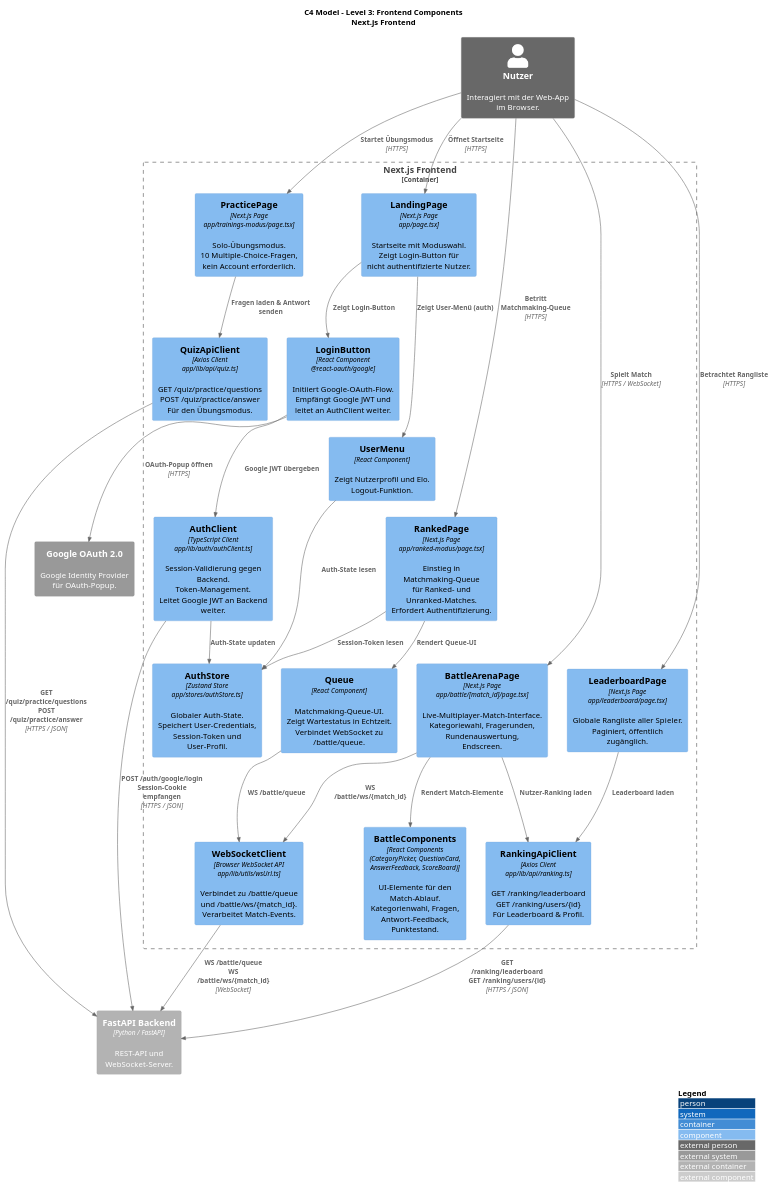
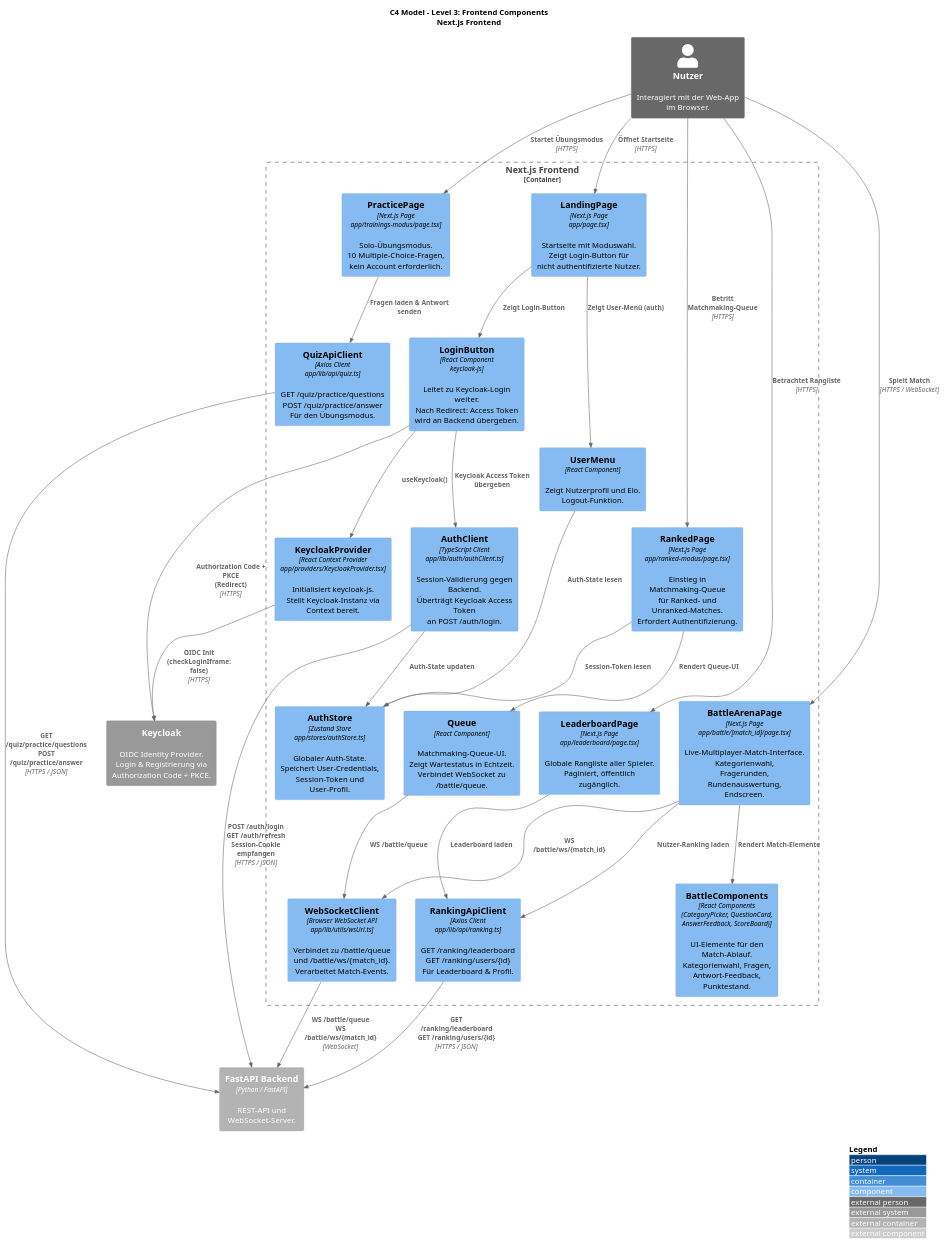
The diagram in docs/c4/c3_frontend_components.puml (Gravefax/Quizzard-of-Oz), drawn with PlantUML before and after one commit. The commit also changed 38 other files, not shown here.

First line of the commit message:
feat: migrate authentication from Google OAuth to Keycloak

```diff
--- a/docs/c4/c3_frontend_components.puml
+++ b/docs/c4/c3_frontend_components.puml
@@ -1,80 +1,87 @@
 @startuml C3_Frontend_Components
 !include https://raw.githubusercontent.com/plantuml-stdlib/C4-PlantUML/master/C4_Component.puml
 
 LAYOUT_WITH_LEGEND()
 
 title C4 Model - Level 3: Frontend Components\nNext.js Frontend
 
 Person_Ext(user, "Nutzer", "Interagiert mit der Web-App\nim Browser.")
 Container_Ext(backend, "FastAPI Backend", "Python / FastAPI", "REST-API und WebSocket-Server.")
-System_Ext(google_oauth, "Google OAuth 2.0", "Google Identity Provider\nfür OAuth-Popup.")
+System_Ext(keycloak, "Keycloak", "OIDC Identity Provider.\nLogin & Registrierung via\nAuthorization Code + PKCE.")
 
 Container_Boundary(frontend, "Next.js Frontend") {
 
     ' ── Pages ──────────────────────────────────────────────────
     Component(landing_page, "LandingPage", "Next.js Page\napp/page.tsx", "Startseite mit Moduswahl.\nZeigt Login-Button für\nnicht authentifizierte Nutzer.")
 
     Component(practice_page, "PracticePage", "Next.js Page\napp/trainings-modus/page.tsx", "Solo-Übungsmodus.\n10 Multiple-Choice-Fragen,\nkein Account erforderlich.")
 
     Component(ranked_page, "RankedPage", "Next.js Page\napp/ranked-modus/page.tsx", "Einstieg in Matchmaking-Queue\nfür Ranked- und Unranked-Matches.\nErfordert Authentifizierung.")
 
     Component(leaderboard_page, "LeaderboardPage", "Next.js Page\napp/leaderboard/page.tsx", "Globale Rangliste aller Spieler.\nPaginiert, öffentlich zugänglich.")
 
-    Component(battle_arena_page, "BattleArenaPage", "Next.js Page\napp/battle/[match_id]/page.tsx", "Live-Multiplayer-Match-Interface.\nKategoriewahl, Fragerunden,\nRundenauswertung, Endscreen.")
+    Component(battle_arena_page, "BattleArenaPage", "Next.js Page\napp/battle/[match_id]/page.tsx", "Live-Multiplayer-Match-Interface.\nKategorienwahl, Fragerunden,\nRundenauswertung, Endscreen.")
 
     ' ── Components ─────────────────────────────────────────────
-    Component(login_button, "LoginButton", "React Component\n@react-oauth/google", "Initiiert Google-OAuth-Flow.\nEmpfängt Google JWT und\nleitet an AuthClient weiter.")
+    Component(login_button, "LoginButton", "React Component\nkeycloak-js", "Leitet zu Keycloak-Login weiter.\nNach Redirect: Access Token\nwird an Backend übergeben.")
 
     Component(user_menu, "UserMenu", "React Component", "Zeigt Nutzerprofil und Elo.\nLogout-Funktion.")
 
     Component(queue_component, "Queue", "React Component", "Matchmaking-Queue-UI.\nZeigt Wartestatus in Echtzeit.\nVerbindet WebSocket zu /battle/queue.")
 
     Component(battle_components, "BattleComponents", "React Components\n(CategoryPicker, QuestionCard,\nAnswerFeedback, ScoreBoard)", "UI-Elemente für den Match-Ablauf.\nKategorienwahl, Fragen,\nAntwort-Feedback, Punktestand.")
 
+    ' ── Provider ───────────────────────────────────────────────
+    Component(keycloak_provider, "KeycloakProvider", "React Context Provider\napp/providers/KeycloakProvider.tsx", "Initialisiert keycloak-js.\nStellt Keycloak-Instanz via\nContext bereit.")
+
     ' ── State ──────────────────────────────────────────────────
     Component(auth_store, "AuthStore", "Zustand Store\napp/stores/authStore.ts", "Globaler Auth-State.\nSpeichert User-Credentials,\nSession-Token und User-Profil.")
 
     ' ── API Clients ────────────────────────────────────────────
-    Component(auth_client, "AuthClient", "TypeScript Client\napp/lib/auth/authClient.ts", "Session-Validierung gegen Backend.\nToken-Management.\nLeitet Google JWT an Backend weiter.")
+    Component(auth_client, "AuthClient", "TypeScript Client\napp/lib/auth/authClient.ts", "Session-Validierung gegen Backend.\nÜberträgt Keycloak Access Token\nan POST /auth/login.")
 
     Component(quiz_api_client, "QuizApiClient", "Axios Client\napp/lib/api/quiz.ts", "GET /quiz/practice/questions\nPOST /quiz/practice/answer\nFür den Übungsmodus.")
 
     Component(ranking_api_client, "RankingApiClient", "Axios Client\napp/lib/api/ranking.ts", "GET /ranking/leaderboard\nGET /ranking/users/{id}\nFür Leaderboard & Profil.")
 
     Component(ws_client, "WebSocketClient", "Browser WebSocket API\napp/lib/utils/wsUrl.ts", "Verbindet zu /battle/queue\nund /battle/ws/{match_id}.\nVerarbeitet Match-Events.")
 }
 
 ' ── Nutzer → Pages ─────────────────────────────────────────────
 Rel(user, landing_page, "Öffnet Startseite", "HTTPS")
 Rel(user, practice_page, "Startet Übungsmodus", "HTTPS")
 Rel(user, ranked_page, "Betritt Matchmaking-Queue", "HTTPS")
 Rel(user, leaderboard_page, "Betrachtet Rangliste", "HTTPS")
 Rel(user, battle_arena_page, "Spielt Match", "HTTPS / WebSocket")
 
 ' ── Pages → Components ─────────────────────────────────────────
 Rel(landing_page, login_button, "Zeigt Login-Button")
 Rel(landing_page, user_menu, "Zeigt User-Menü (auth)")
 Rel(ranked_page, queue_component, "Rendert Queue-UI")
 Rel(battle_arena_page, battle_components, "Rendert Match-Elemente")
 
 ' ── Components → Clients ───────────────────────────────────────
-Rel(login_button, google_oauth, "OAuth-Popup öffnen", "HTTPS")
-Rel(login_button, auth_client, "Google JWT übergeben")
+Rel(login_button, keycloak, "Authorization Code + PKCE\n(Redirect)", "HTTPS")
+Rel(login_button, auth_client, "Keycloak Access Token übergeben")
 Rel(queue_component, ws_client, "WS /battle/queue")
 Rel(battle_arena_page, ws_client, "WS /battle/ws/{match_id}")
 Rel(practice_page, quiz_api_client, "Fragen laden & Antwort senden")
 Rel(leaderboard_page, ranking_api_client, "Leaderboard laden")
 Rel(battle_arena_page, ranking_api_client, "Nutzer-Ranking laden")
+
+' ── Provider ───────────────────────────────────────────────────
+Rel(keycloak_provider, keycloak, "OIDC Init\n(checkLoginIframe: false)", "HTTPS")
+Rel(login_button, keycloak_provider, "useKeycloak()")
 
 ' ── Clients ↔ State ────────────────────────────────────────────
 Rel(auth_client, auth_store, "Auth-State updaten")
 Rel(user_menu, auth_store, "Auth-State lesen")
 Rel(ranked_page, auth_store, "Session-Token lesen")
 
 ' ── Clients → Backend ──────────────────────────────────────────
-Rel(auth_client, backend, "POST /auth/google/login\nSession-Cookie empfangen", "HTTPS / JSON")
+Rel(auth_client, backend, "POST /auth/login\nGET /auth/refresh\nSession-Cookie empfangen", "HTTPS / JSON")
 Rel(quiz_api_client, backend, "GET /quiz/practice/questions\nPOST /quiz/practice/answer", "HTTPS / JSON")
 Rel(ranking_api_client, backend, "GET /ranking/leaderboard\nGET /ranking/users/{id}", "HTTPS / JSON")
 Rel(ws_client, backend, "WS /battle/queue\nWS /battle/ws/{match_id}", "WebSocket")
 
 @enduml
```
